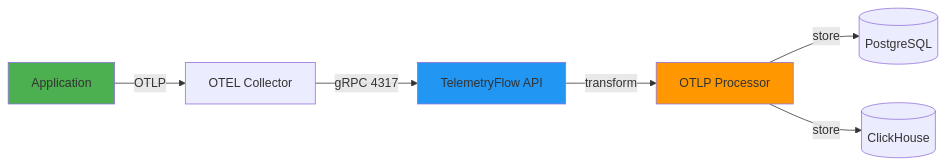
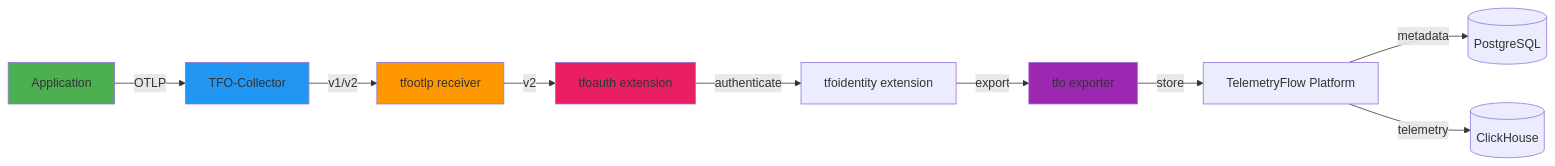
Before and after one commit to telemetryflow/telemetryflow-overview: the diagram in shared/OTLP-INGESTION.md, drawn with Mermaid. The commit also changed other lines of this file and 68 other files, not shown here.

Commit message:
feat: TFO Overview Update, TFO Platform v1.4.0

````diff
--- a/shared/OTLP-INGESTION.md
+++ b/shared/OTLP-INGESTION.md
@@ -30,13 +32,19 @@
 ```mermaid
 graph LR
-    APP[Application] -->|OTLP| COLLECTOR[OTEL Collector]
-    COLLECTOR -->|gRPC 4317| API[TelemetryFlow API]
+    APP[Application] -->|OTLP| COLLECTOR[TFO-Collector]
+    COLLECTOR -->|v1/v2| FOOTLP[tfootlp receiver]
 
-    API -->|transform| PROCESSOR[OTLP Processor]
-    PROCESSOR -->|store| PG[(PostgreSQL)]
-    PROCESSOR -->|store| CH[(ClickHouse)]
+    FOOTLP -->|v2| FOAUTH[tfoauth extension]
+    FOAUTH -->|authenticate| FOID[tfoidentity extension]
+    FOID -->|export| FOEXP[tfo exporter]
+
+    FOEXP -->|store| PLATFORM[TelemetryFlow Platform]
+    PLATFORM -->|metadata| PG[(PostgreSQL)]
+    PLATFORM -->|telemetry| CH[(ClickHouse)]
 
     style APP fill:#4CAF50
-    style API fill:#2196F3
-    style PROCESSOR fill:#FF9800
+    style COLLECTOR fill:#2196F3
+    style FOOTLP fill:#FF9800
+    style FOAUTH fill:#E91E63
+    style FOEXP fill:#9C27B0
 ```
````
